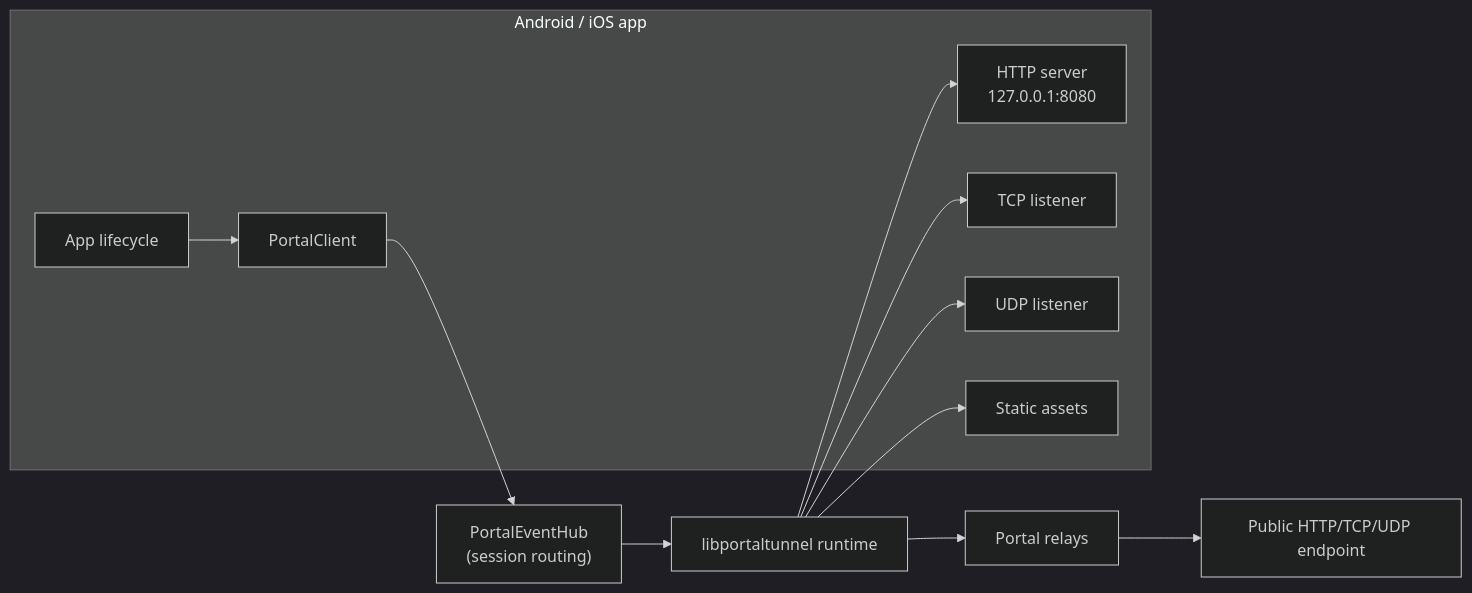
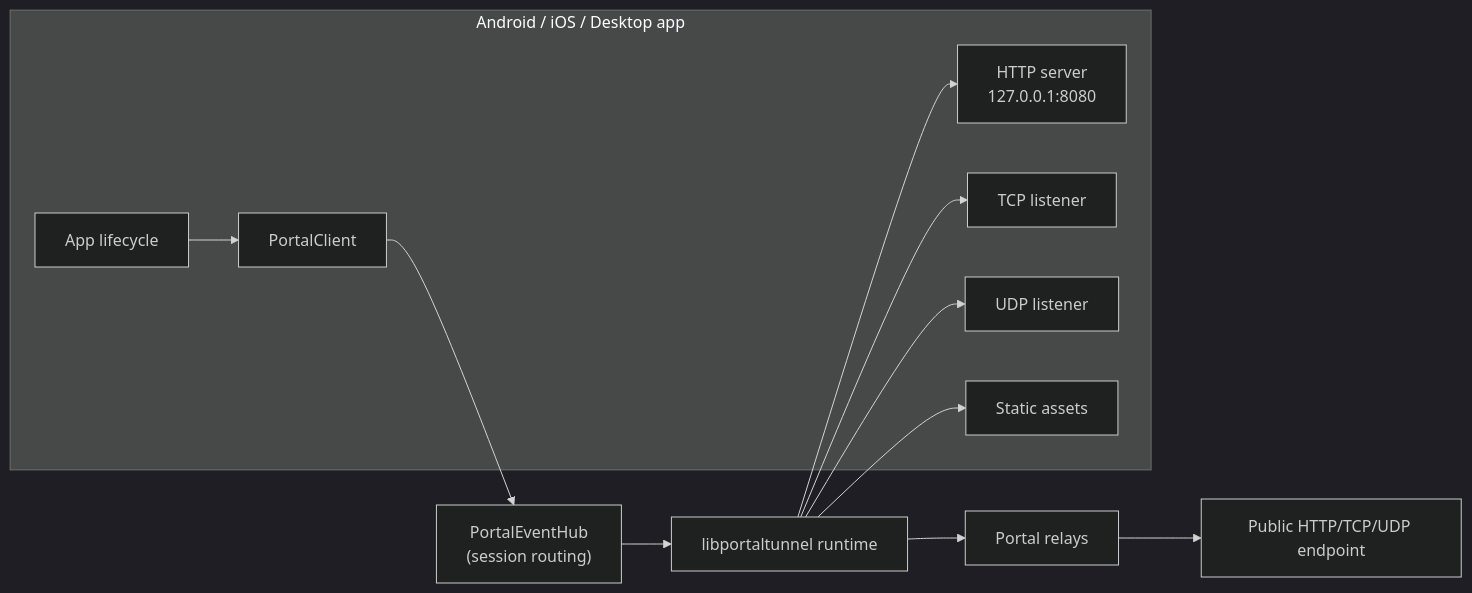
The diagram in README.md (gosuda/portal-multiplatform-sdk), drawn with Mermaid (dark theme) before and after one commit. The commit also changed other lines of this file and 102 other files, not shown here.

````diff
--- a/README.md
+++ b/README.md
@@ -67,15 +281,15 @@
 ```mermaid
 flowchart LR
-    subgraph app["Android / iOS app"]
+    subgraph app["Android / iOS / Desktop app"]
         UI["App lifecycle"] --> PC["PortalClient"]
         HTTP["HTTP server<br/>127.0.0.1:8080"]
         TCP["TCP listener"]
         UDP["UDP listener"]
         FILES["Static assets"]
     end
     PC --> HUB["PortalEventHub<br/>(session routing)"]
     HUB --> ENG["libportaltunnel runtime"]
     ENG --> HTTP & TCP & UDP & FILES
     ENG --> R["Portal relays"]
     R --> PUBLIC["Public HTTP/TCP/UDP endpoint"]
 ```
````
